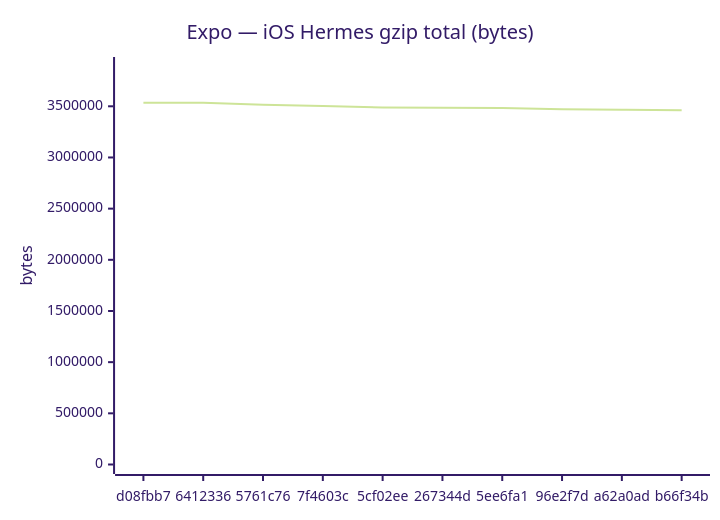
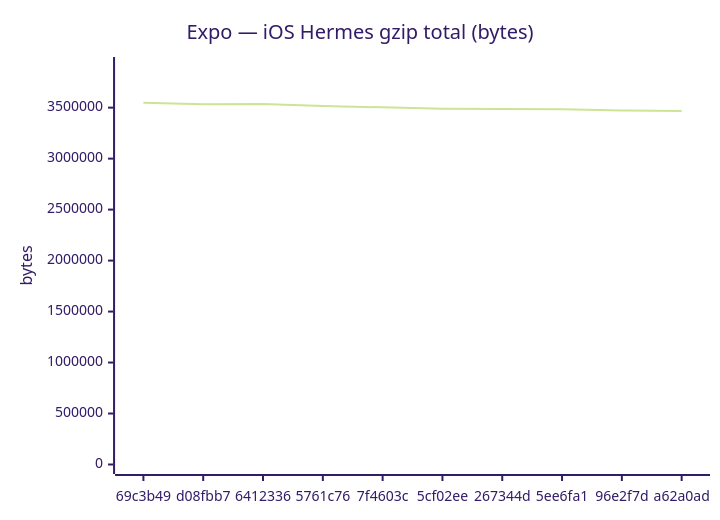
Before and after one commit to Metaheurist/Rianell: the sixth of 18 diagrams in benchmarks/compare.md, drawn with Mermaid (forest theme). The commit also changed other lines of this file and 11 other files, not shown here.

````diff
--- a/benchmarks/compare.md
+++ b/benchmarks/compare.md
@@ -96,7 +96,7 @@
 ```mermaid
 xychart-beta
     title "Expo — iOS Hermes gzip total (bytes)"
-    x-axis ["d08fbb7", "6412336", "5761c76", "7f4603c", "5cf02ee", "267344d", "5ee6fa1", "96e2f7d", "a62a0ad", "b66f34b"]
-    y-axis "bytes" 0 --> 3888801
-    line [3534279, 3535273, 3515861, 3502937, 3488256, 3486228, 3483393, 3471867, 3466755, 3460455]
+    x-axis ["69c3b49", "d08fbb7", "6412336", "5761c76", "7f4603c", "5cf02ee", "267344d", "5ee6fa1", "96e2f7d", "a62a0ad"]
+    y-axis "bytes" 0 --> 3903463
+    line [3548602, 3534279, 3535273, 3515861, 3502937, 3488256, 3486228, 3483393, 3471867, 3466755]
 ```
````
